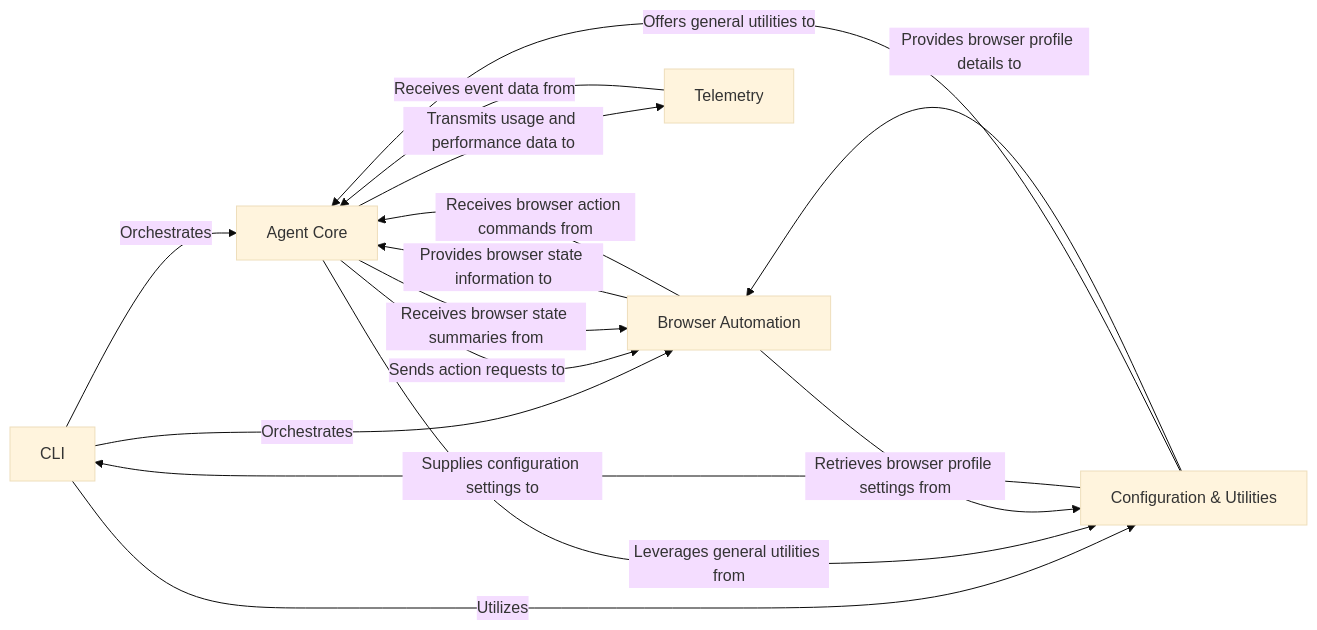
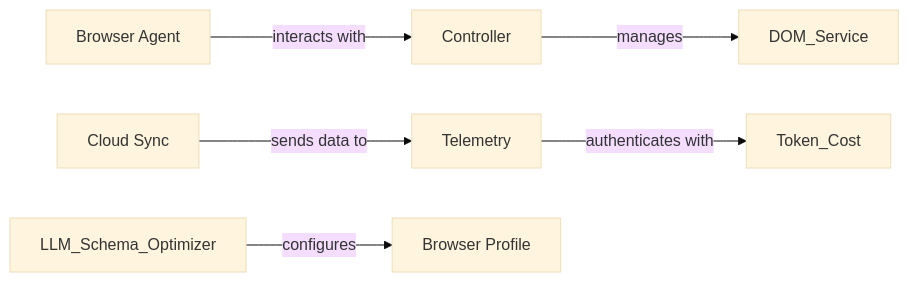
One commit to CodeBoarding/GeneratedOnBoardings changed the diagram in browser-use/on_boarding.md. Above: the diagram before and after it, drawn with Mermaid (base theme). The commit also changed other lines of this file and 6 other files, not shown here.

````diff
--- a/browser-use/on_boarding.md
+++ b/browser-use/on_boarding.md
@@ -1,26 +1,15 @@
 ```mermaid
 graph LR
-    CLI["CLI"]
-    Agent_Core["Agent Core"]
-    Browser_Automation["Browser Automation"]
+    Browser_Agent["Browser Agent"]
+    Controller["Controller"]
+    Cloud_Sync["Cloud Sync"]
     Telemetry["Telemetry"]
-    Configuration_Utilities["Configuration & Utilities"]
-    CLI -- "Orchestrates" --> Agent_Core
-    CLI -- "Orchestrates" --> Browser_Automation
-    CLI -- "Utilizes" --> Configuration_Utilities
-    Agent_Core -- "Sends action requests to" --> Browser_Automation
-    Agent_Core -- "Receives browser state summaries from" --> Browser_Automation
-    Agent_Core -- "Transmits usage and performance data to" --> Telemetry
-    Agent_Core -- "Leverages general utilities from" --> Configuration_Utilities
-    Browser_Automation -- "Provides browser state information to" --> Agent_Core
-    Browser_Automation -- "Receives browser action commands from" --> Agent_Core
-    Browser_Automation -- "Retrieves browser profile settings from" --> Configuration_Utilities
-    Telemetry -- "Receives event data from" --> Agent_Core
-    Configuration_Utilities -- "Supplies configuration settings to" --> CLI
-    Configuration_Utilities -- "Offers general utilities to" --> Agent_Core
-    Configuration_Utilities -- "Provides browser profile details to" --> Browser_Automation
-    click CLI href "https://github.com/CodeBoarding/GeneratedOnBoardings/blob/main//browser-use/CLI.md" "Details"
-    click Agent_Core href "https://github.com/CodeBoarding/GeneratedOnBoardings/blob/main//browser-use/Agent_Core.md" "Details"
-    click Browser_Automation href "https://github.com/CodeBoarding/GeneratedOnBoardings/blob/main//browser-use/Browser_Automation.md" "Details"
-    click Configuration_Utilities href "https://github.com/CodeBoarding/GeneratedOnBoardings/blob/main//browser-use/Configuration_Utilities.md" "Details"
+    Browser_Profile["Browser Profile"]
+    Browser_Agent -- "interacts with" --> Controller
+    Controller -- "manages" --> DOM_Service
+    Cloud_Sync -- "sends data to" --> Telemetry
+    Telemetry -- "authenticates with" --> Token_Cost
+    LLM_Schema_Optimizer -- "configures" --> Browser_Profile
+    click Browser_Agent href "https://github.com/CodeBoarding/GeneratedOnBoardings/blob/main/browser-use/Browser_Agent.md" "Details"
+    click Cloud_Sync href "https://github.com/CodeBoarding/GeneratedOnBoardings/blob/main/browser-use/Cloud_Sync.md" "Details"
 ```
````
